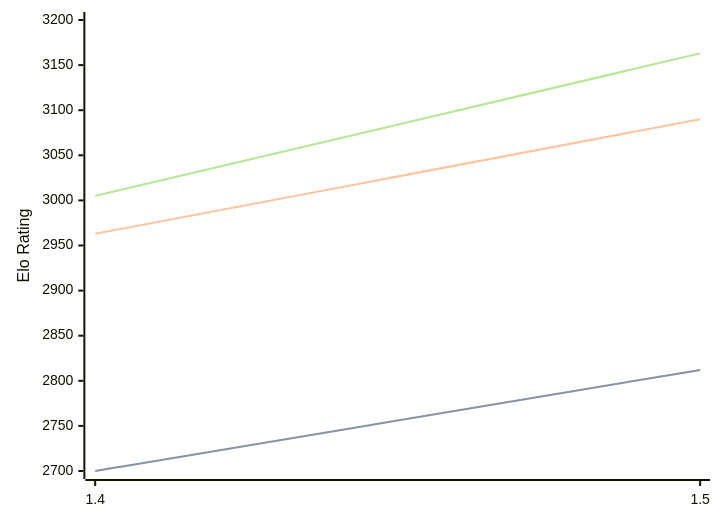
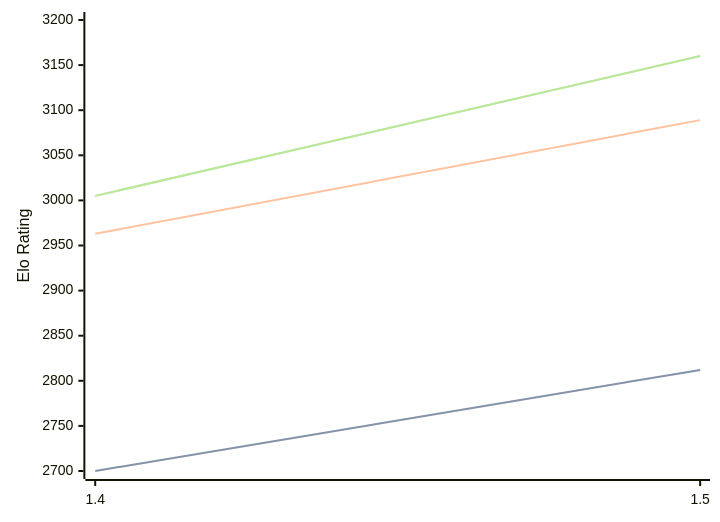
One commit to computer-chess-index/cci changed the diagram in engines/Yakka.md. Above: the diagram before and after it, drawn with Mermaid. The commit also changed other lines of this file, not shown here.

Commit message:
Update CCI Ratings (ELO VLTC) - 2026-03-05

````diff
--- a/engines/Yakka.md
+++ b/engines/Yakka.md
@@ -34,11 +34,11 @@
 ```mermaid
 %%{init: {"theme":"base","themeVariables":{"seriesColors:['#a3a3a3','#222221','#faa371']}}}%%
 xychart-beta
   x-axis ["1.4", "1.5"]
   y-axis "Elo Rating" 2700 --> 3200
   line "STC (8.0+0.08s)" [2700, 2812]
   line "STC (8.0+0.08s)" [2700, 2812]
-  line "LTC (60.0+0.60s)" [2963, 3090]
-  line "VLTC (2m24s+1.12s)" [3005, 3163]
-  line "VLTC (2m24s+1.12s)" [3005, 3163]
+  line "LTC (60.0+0.60s)" [2963, 3089]
+  line "VLTC (2m24s+1.12s)" [3005, 3160]
+  line "VLTC (2m24s+1.12s)" [3005, 3160]
 ```
````
